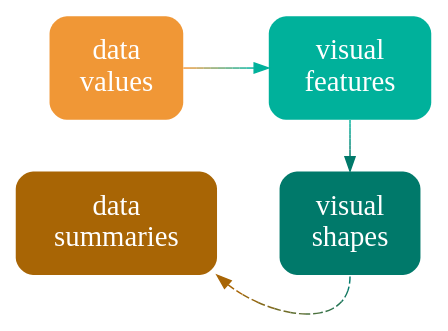
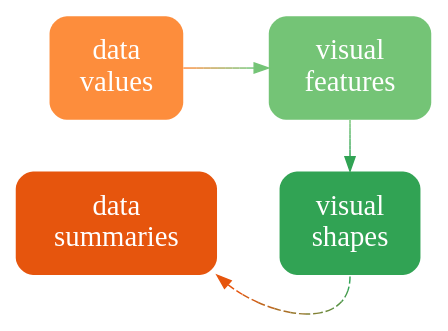
The diagram in Diagrams/data-vis-shape-decode.dot (pmur002/hdvw), drawn with Graphviz before and after one commit. The commit also changed 676 other files, not shown here.

```diff
--- a/Diagrams/data-vis-shape-decode.dot
+++ b/Diagrams/data-vis-shape-decode.dot
@@ -1,15 +1,15 @@
 digraph {
   graph [ rankdir=LR; margin=.2; nodesep=.5 ];
   node [ fontsize=20; fontname="sans bold"; margin=.2 ];
-  data [ label="data\nvalues"; shape=box; style="filled, rounded"; penwidth=0; fontcolor=white; fillcolor="#F09736" ]
-  stat [ label="data\nsummaries"; shape=box; style="filled, rounded"; penwidth=0; fontcolor=white; fillcolor="#A86505" ]
+  data [ label="data\nvalues"; shape=box; style="filled, rounded"; penwidth=0; fontcolor=white; fillcolor="#FD8D3C" ]
+  stat [ label="data\nsummaries"; shape=box; style="filled, rounded"; penwidth=0; fontcolor=white; fillcolor="#E6550D" ]
   vis [ label="visual\nfeatures"; shape=box;
-     style="filled, rounded"; penwidth=0; fontcolor=white; fillcolor="#00B19B" ]
+     style="filled, rounded"; penwidth=0; fontcolor=white; fillcolor="#74C476" ]
   shape [ label="visual\nshapes"; shape=box;
-       style="filled, rounded"; penwidth=0; fontcolor=white; fillcolor="#00796A" ]
-  data -> vis [ color="#F09736;0.1:#D59A41;0.1:#BB9D4C;0.1:#A0A058;0.1:#85A363;0.1:#6BA56E;0.1:#50A879;0.1:#35AB85;0.1:#1BAE90;0.1:#00B19B;0.1" ]
-  vis -> shape [ color="#00B19B;0.1:#00AB96;0.1:#00A590;0.1:#009E8B;0.1:#009885;0.1:#009280;0.1:#008C7A;0.1:#008575;0.1:#007F6F;0.1:#00796A;0.1" ]
-  shape:s -> stat:se [ style="dashed", color="#00796A;0.1:#13775F;0.1:#257554;0.1:#387248;0.1:#4B703D;0.1:#5D6E32;0.1:#706C27;0.1:#83691B;0.1:#956710;0.1:#A86505;0.1" ]
+       style="filled, rounded"; penwidth=0; fontcolor=white; fillcolor="#31A354" ]
+  data -> vis [ color="#FD8D3C;0.1:#EE9342;0.1:#DF9949;0.1:#CF9F4F;0.1:#C0A556;0.1:#B1AC5C;0.1:#A2B263;0.1:#92B869;0.1:#83BE70;0.1:#74C476;0.1" ]
+  vis -> shape [ color="#74C476;0.1:#6DC072;0.1:#65BD6E;0.1:#5EB96B;0.1:#56B567;0.1:#4FB263;0.1:#47AE5F;0.1:#40AA5C;0.1:#38A758;0.1:#31A354;0.1" ]
+  shape:s -> stat:se [ style="dashed", color="#31A354;0.1:#459A4C;0.1:#599244;0.1:#6D893C;0.1:#818034;0.1:#96782D;0.1:#AA6F25;0.1:#BE661D;0.1:#D25E15;0.1:#E6550D;0.1" ]
 { rank=same; data, stat }
 { rank=same; vis, shape }
 }
```
